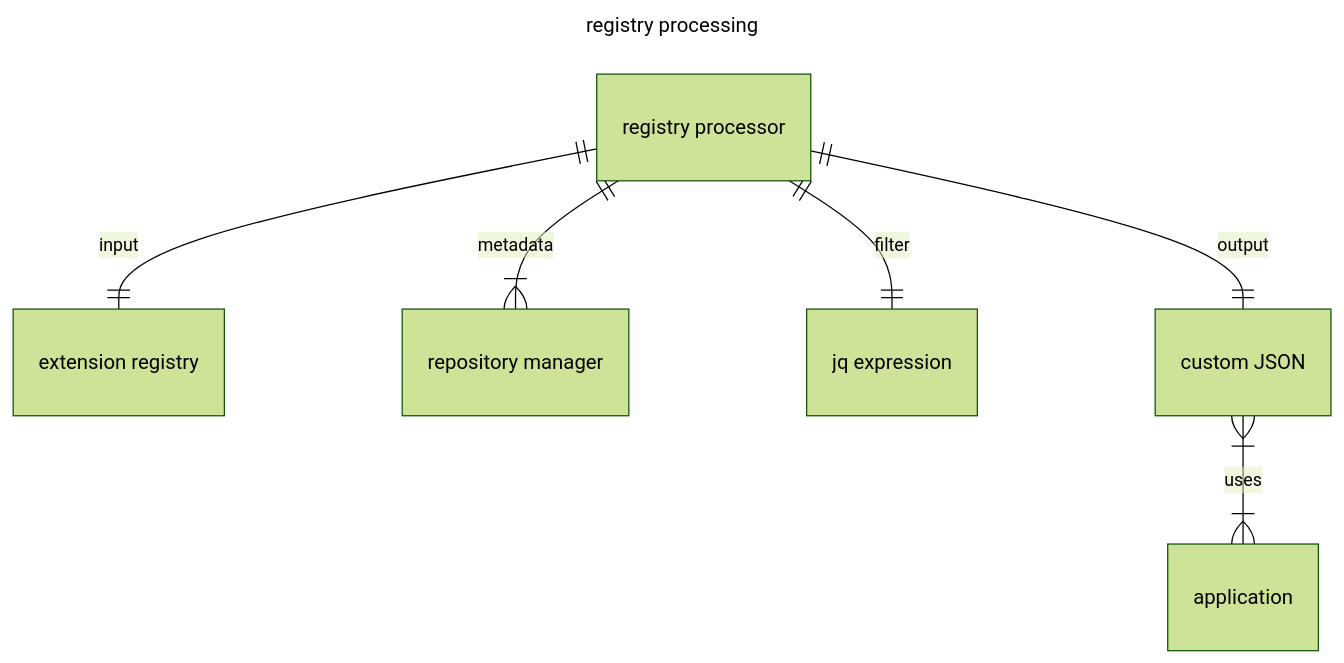
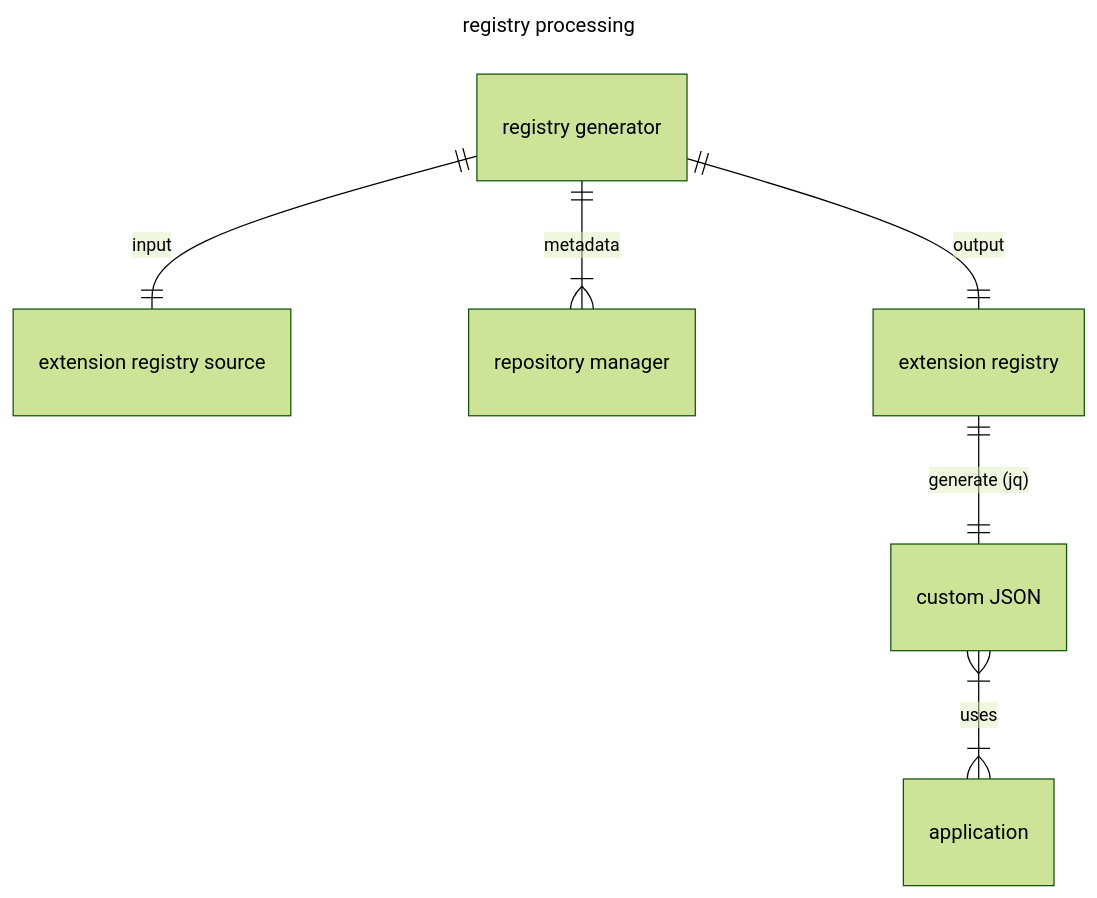
Before and after one commit to grafana/k6registry: the diagram in docs/registry.md, drawn with Mermaid (forest theme). The commit also changed other lines of this file, not shown here.

Commit message:
docs: update based on PoC

````diff
--- a/docs/registry.md
+++ b/docs/registry.md
@@ -174,11 +178,11 @@
 ```mermaid
 ---
 title: registry processing
 ---
 erDiagram
-    "registry processor" ||--|| "extension registry" : input
-    "registry processor" ||--|{ "repository manager" : metadata
-    "registry processor" ||--|| "jq expression" : filter
-    "registry processor" ||--|| "custom JSON" : output
+    "registry generator" ||--|| "extension registry source" : input
+    "registry generator" ||--|{ "repository manager" : metadata
+    "registry generator" ||--|| "extension registry" : output
+    "extension registry" ||--|| "custom JSON" : "generate (jq)"
     "custom JSON" }|--|{ "application" : uses
 ```
````
